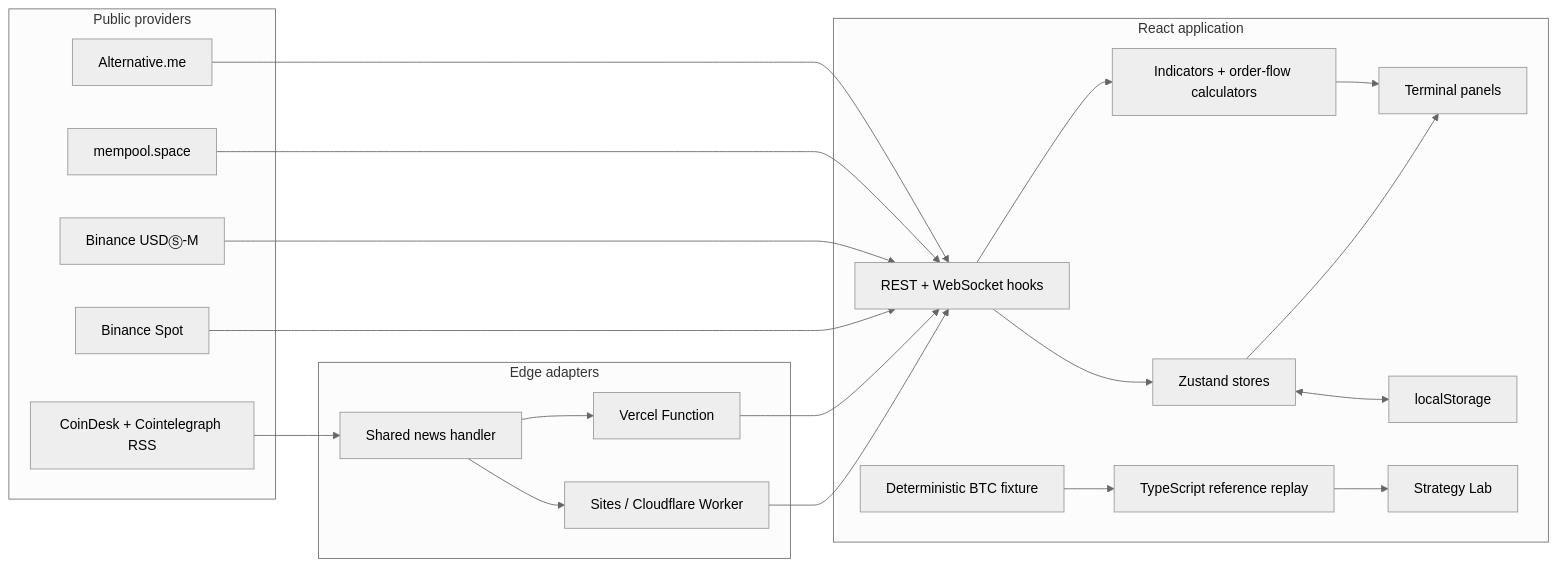
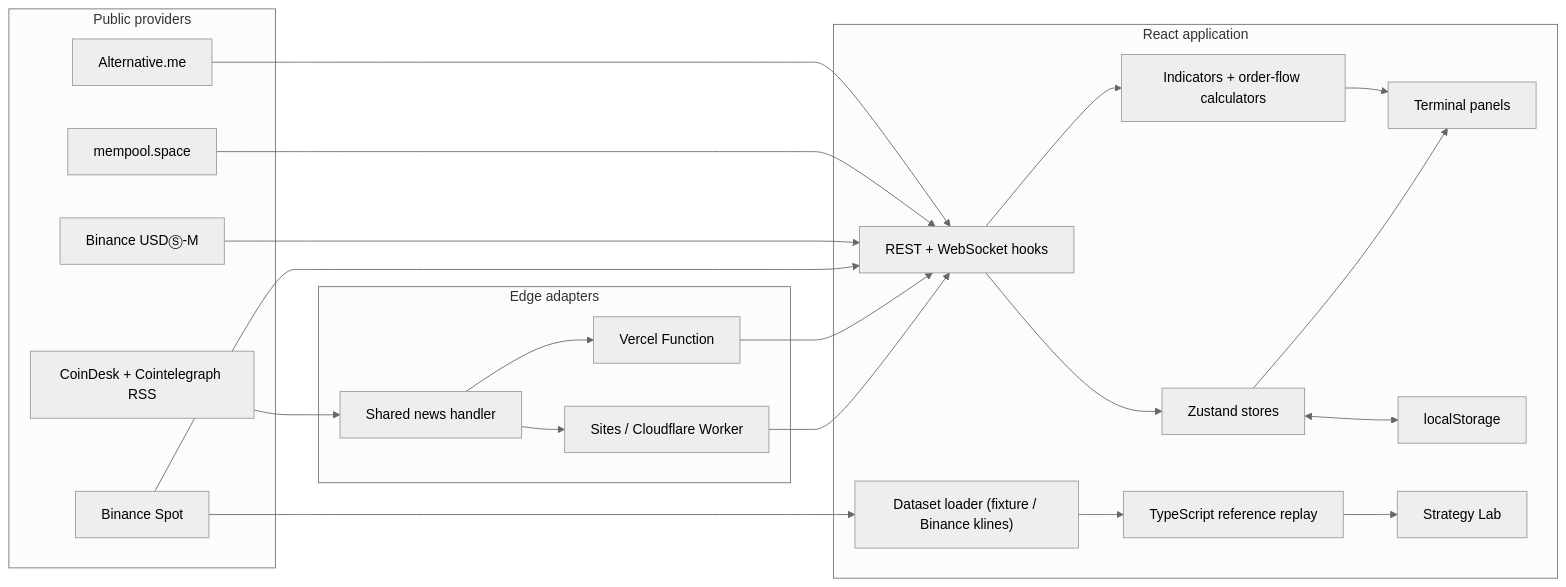
The first of 3 diagrams in ARCHITECTURE.md (JWHaan/quant.term), drawn with Mermaid (neutral theme) before and after one commit. The commit also changed other lines of this file and 18 other files, not shown here.

```diff
--- a/ARCHITECTURE.md
+++ b/ARCHITECTURE.md
@@ -7,44 +7,45 @@
 ~~~mermaid
 flowchart LR
     subgraph Sources["Public providers"]
         BS["Binance Spot"]
         BF["Binance USDⓈ-M"]
         RSS["CoinDesk + Cointelegraph RSS"]
         MP["mempool.space"]
         FG["Alternative.me"]
     end
 
     subgraph Edge["Edge adapters"]
         News["Shared news handler"]
         Sites["Sites / Cloudflare Worker"]
         Vercel["Vercel Function"]
     end
 
     subgraph Browser["React application"]
         Feeds["REST + WebSocket hooks"]
         Stores["Zustand stores"]
         Calc["Indicators + order-flow calculators"]
         UI["Terminal panels"]
         Local["localStorage"]
         Lab["Strategy Lab"]
         TSReplay["TypeScript reference replay"]
-        Fixture["Deterministic BTC fixture"]
+        Datasets["Dataset loader (fixture / Binance klines)"]
     end
 
     RSS --> News
     News --> Sites
     News --> Vercel
     Sites --> Feeds
     Vercel --> Feeds
     BS --> Feeds
     BF --> Feeds
+    BS --> Datasets
     MP --> Feeds
     FG --> Feeds
     Feeds --> Stores
     Feeds --> Calc
     Stores --> UI
     Calc --> UI
     Stores <--> Local
-    Fixture --> TSReplay
+    Datasets --> TSReplay
     TSReplay --> Lab
 ~~~
```
